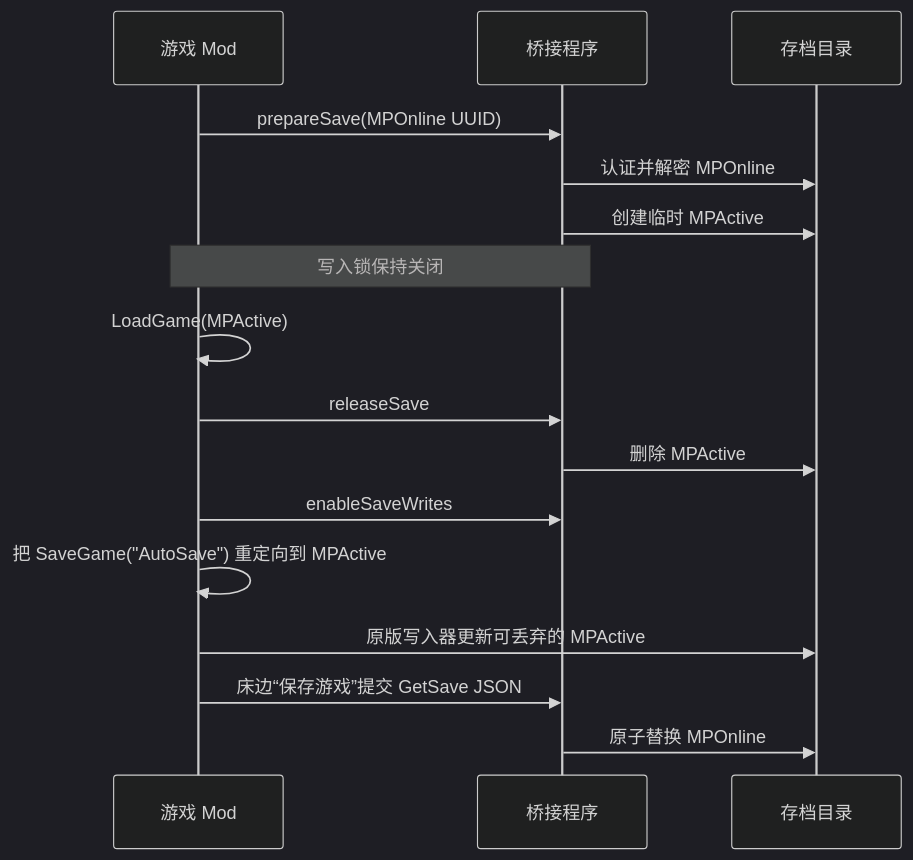
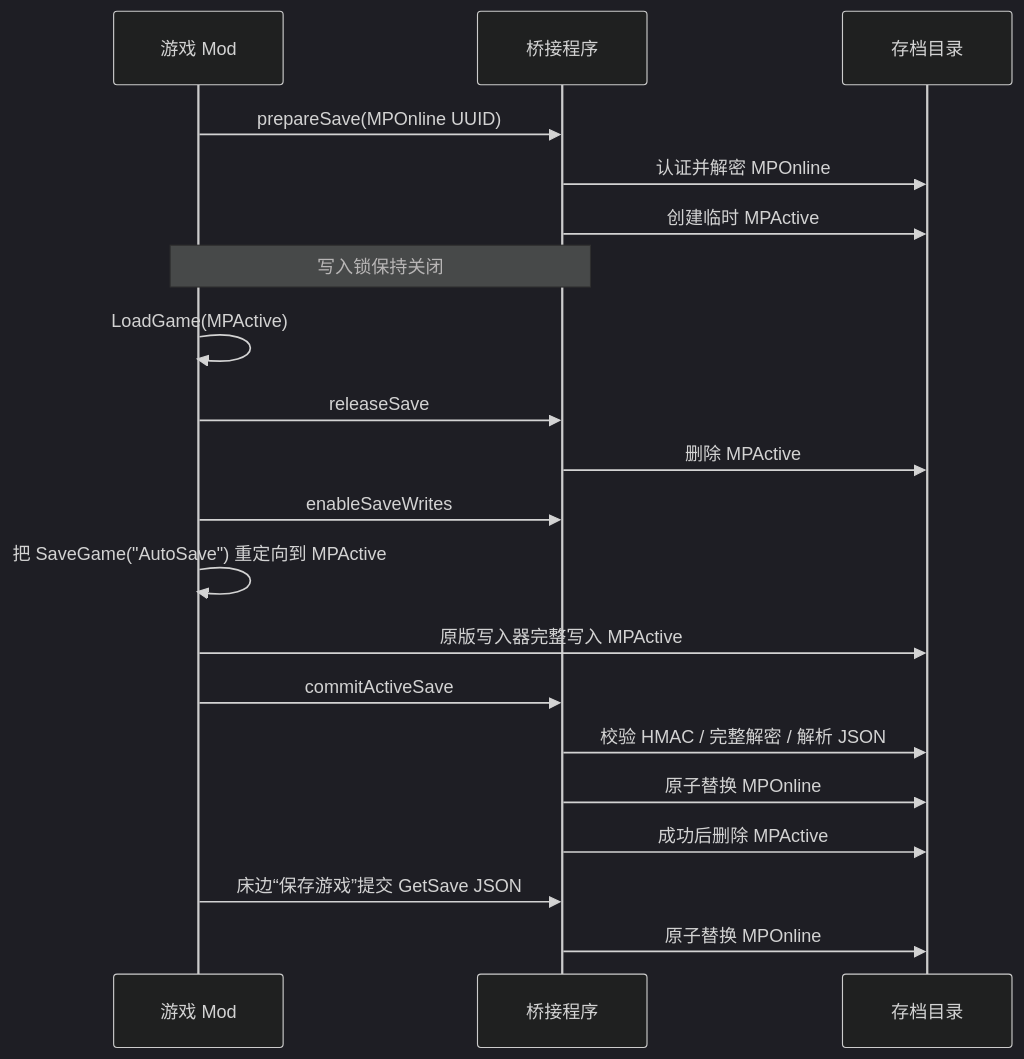
The second of 2 diagrams in docs/ARCHITECTURE.zh-CN.md (Sakura-QoQ/Multiplayer-Mod), drawn with Mermaid (dark theme) before and after one commit. The commit also changed other lines of this file and 7 other files, not shown here.

````diff
--- a/docs/ARCHITECTURE.zh-CN.md
+++ b/docs/ARCHITECTURE.zh-CN.md
@@ -59,18 +59,22 @@
 ```mermaid
 sequenceDiagram
     participant G as 游戏 Mod
     participant B as 桥接程序
     participant D as 存档目录
     G->>B: prepareSave(MPOnline UUID)
     B->>D: 认证并解密 MPOnline
     B->>D: 创建临时 MPActive
     Note over G,B: 写入锁保持关闭
     G->>G: LoadGame(MPActive)
     G->>B: releaseSave
     B->>D: 删除 MPActive
     G->>B: enableSaveWrites
     G->>G: 把 SaveGame("AutoSave") 重定向到 MPActive
-    G->>D: 原版写入器更新可丢弃的 MPActive
+    G->>D: 原版写入器完整写入 MPActive
+    G->>B: commitActiveSave
+    B->>D: 校验 HMAC / 完整解密 / 解析 JSON
+    B->>D: 原子替换 MPOnline
+    B->>D: 成功后删除 MPActive
     G->>B: 床边“保存游戏”提交 GetSave JSON
     B->>D: 原子替换 MPOnline
 ```
````
